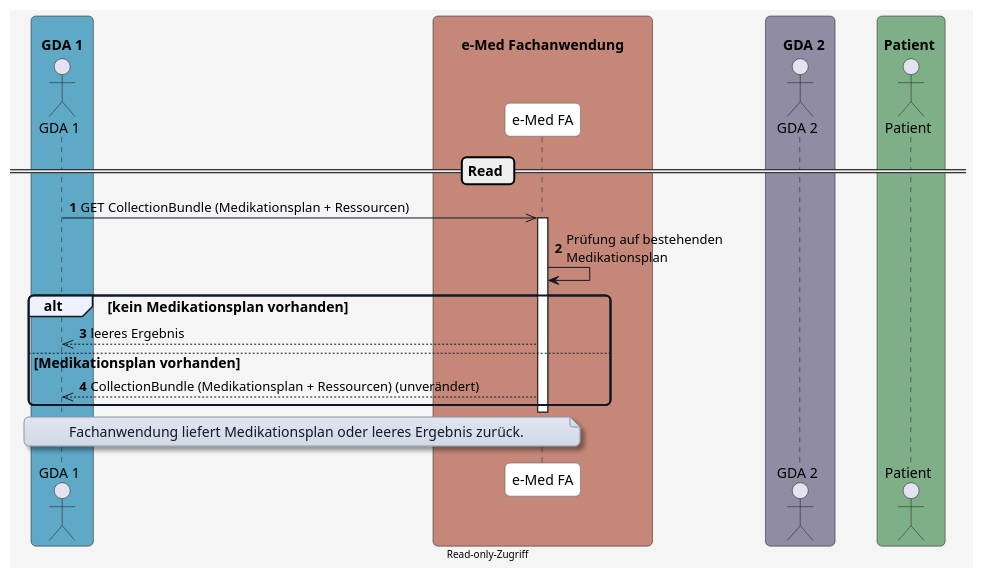
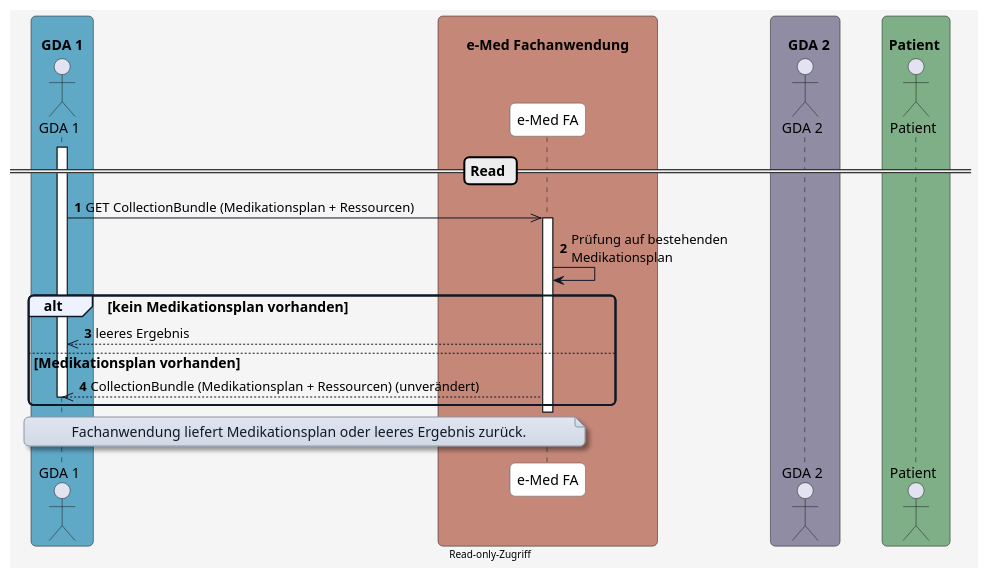
Before and after one commit to HL7Austria/ELGA-e-Medikation-R4: the diagram in input/images-source/diagram_read.plantuml, drawn with PlantUML.

```diff
--- a/input/images-source/diagram_read.plantuml
+++ b/input/images-source/diagram_read.plantuml
@@ -1,80 +1,81 @@
 @startuml
 skinparam borderColor #000000
 skinparam backgroundColor #f5f5f5
 skinparam shadowing false
 skinparam roundCorner 10
 skinparam defaultFontName "Arial"
 skinparam defaultFontSize 14
 skinparam defaultFontColor #000000
 
 skinparam note {
   BackgroundColor #e0e5f0-#d1d9e6
   BorderColor #8b95a5
   BorderThickness 1
   RoundCorner 8
   Padding 6
   FontColor #111827
   Shadowing true
 }
 
 skinparam HyperlinkColor #0000EE
 skinparam HyperlinkUnderline false
 
 skinparam sequence {
   ParticipantBorderColor #555555
   ParticipantBackgroundColor #ffffff
   ParticipantFontColor #000000
   ParticipantFontSize 14
   ParticipantPadding 20
   ArrowColor #111827
   ArrowThickness 1
   ArrowFontColor #000000
   ArrowFontSize 13
   GroupBorderColor #111827
   GroupBackgroundColor #eef2ff
   GroupBorderThickness 2
 }
 
 skinparam BoxPadding 20
 skinparam BoxBorderColor #555555
 
 box "\n  GDA 1  " #5FA8C6
   actor GDA_1 as "GDA 1"
 end box
 
 box "\n       e-Med Fachanwendung       " #C48778
   participant eMed_FA as "e-Med FA"
 end box
 
 box "\n    GDA 2  " #8F8CA3
   actor GDA_2 as "GDA 2"
 end box
 
 box "\n Patient  " #7FAF87
   actor Patient as "Patient"
 end box
 
 
 autonumber
 
 == Read ==
-
+activate GDA_1
 GDA_1 ->> eMed_FA: GET CollectionBundle (Medikationsplan + Ressourcen)
 
 activate eMed_FA
 eMed_FA -> eMed_FA: Prüfung auf bestehenden\nMedikationsplan
 
 alt kein Medikationsplan vorhanden
   eMed_FA -->> GDA_1: leeres Ergebnis
 else Medikationsplan vorhanden
   eMed_FA -->> GDA_1: CollectionBundle (Medikationsplan + Ressourcen) (unverändert)
+  deactivate GDA_1
 end
 deactivate eMed_FA
 
 note over GDA_1, eMed_FA
 Fachanwendung liefert Medikationsplan oder leeres Ergebnis zurück.
 end note
 
 center footer Read-only-Zugriff
 
 @enduml
```
